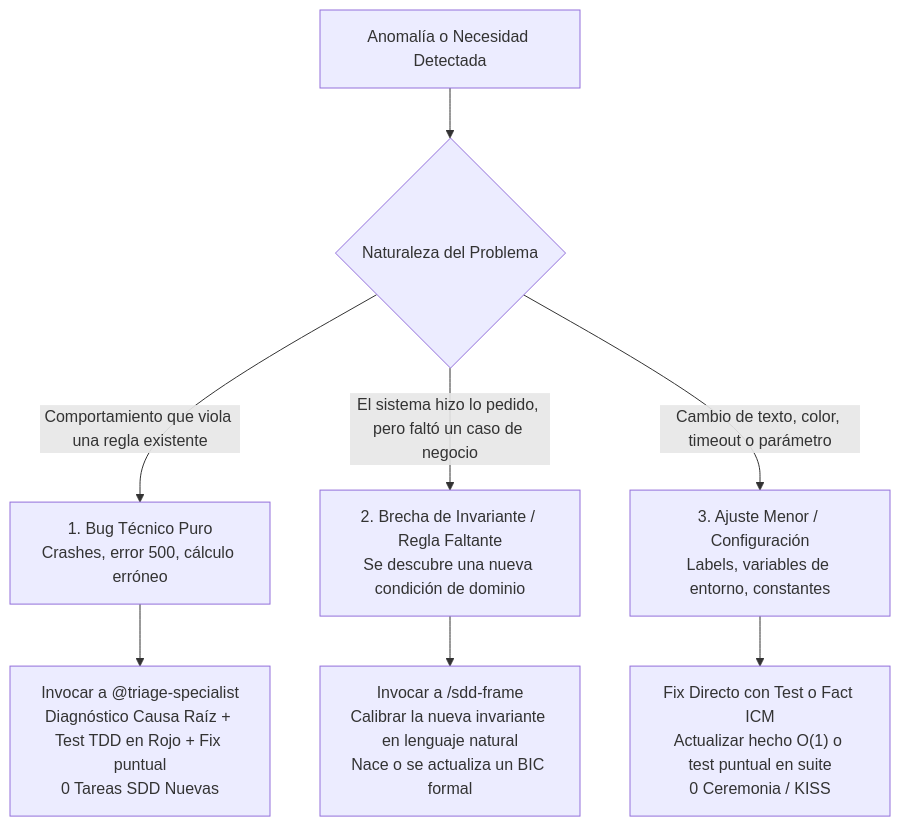
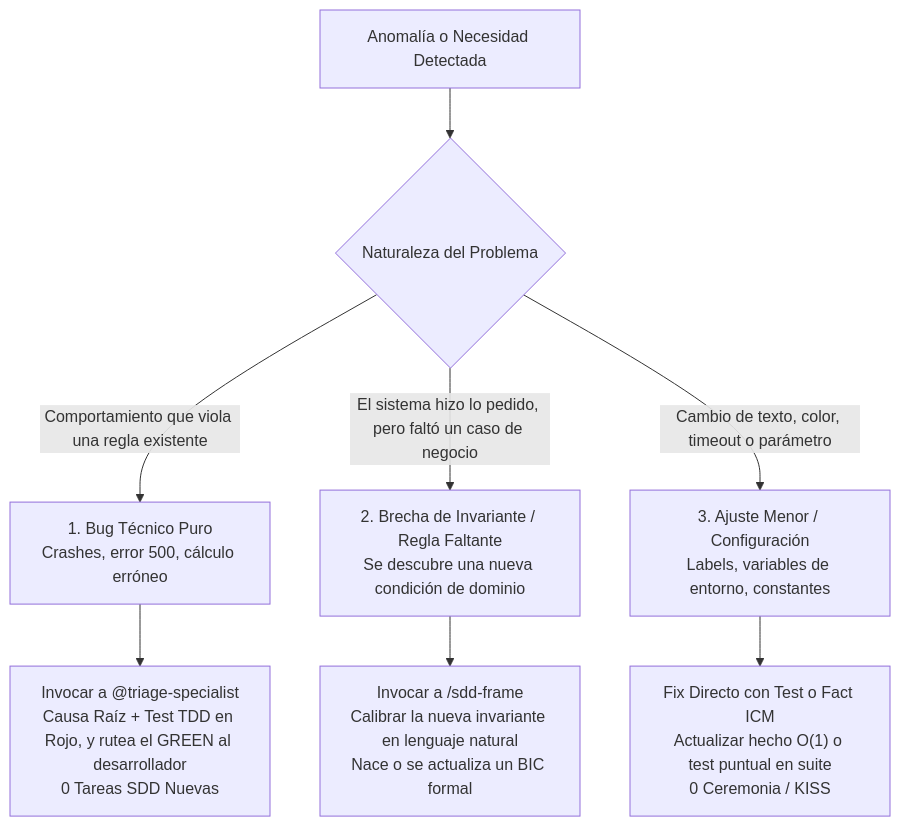
One commit to Manu-Arrieta/AOI changed the seventh of 7 diagrams in docs/internal/architecture/BEHAVIORAL_INTENT_CONTRACTS_PARADIGM.md. Above: the diagram before and after it, drawn with Mermaid. The commit also changed other lines of this file and 5 other files, not shown here.

````diff
--- a/docs/internal/architecture/BEHAVIORAL_INTENT_CONTRACTS_PARADIGM.md
+++ b/docs/internal/architecture/BEHAVIORAL_INTENT_CONTRACTS_PARADIGM.md
@@ -495,12 +533,12 @@
 ```mermaid
 flowchart TD
     P["Anomalía o Necesidad Detectada"] --> Q1{"Naturaleza del Problema"}
     
     Q1 -->|"Comportamiento que viola una regla existente"| BUG["1. Bug Técnico Puro<br/>Crashes, error 500, cálculo erróneo"]
     Q1 -->|"El sistema hizo lo pedido, pero faltó un caso de negocio"| GAP["2. Brecha de Invariante / Regla Faltante<br/>Se descubre una nueva condición de dominio"]
     Q1 -->|"Cambio de texto, color, timeout o parámetro"| TWEAK["3. Ajuste Menor / Configuración<br/>Labels, variables de entorno, constantes"]
     
-    BUG --> ACT_BUG["Invocar a @triage-specialist<br/>Diagnóstico Causa Raíz + Test TDD en Rojo + Fix puntual<br/>0 Tareas SDD Nuevas"]
+    BUG --> ACT_BUG["Invocar a @triage-specialist<br/>Causa Raíz + Test TDD en Rojo, y rutea el GREEN al desarrollador<br/>0 Tareas SDD Nuevas"]
     GAP --> ACT_GAP["Invocar a /sdd-frame<br/>Calibrar la nueva invariante en lenguaje natural<br/>Nace o se actualiza un BIC formal"]
     TWEAK --> ACT_TWEAK["Fix Directo con Test o Fact ICM<br/>Actualizar hecho O(1) o test puntual en suite<br/>0 Ceremonia / KISS"]
 ```
````
